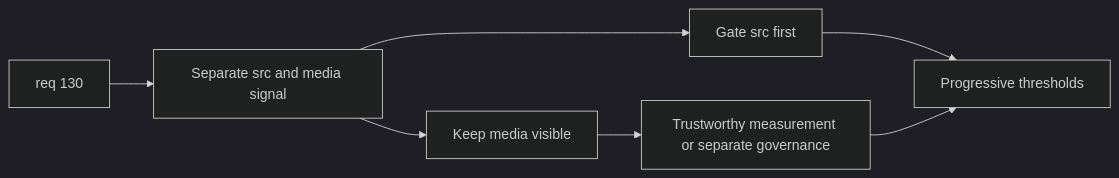
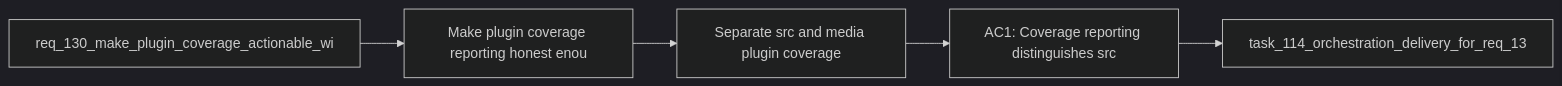
The diagram in logics/backlog/item_246_separate_src_and_media_plugin_coverage_reporting_thresholds_and_webview_measurement.md (AlexAgo83/logics-manager), drawn with Mermaid (dark theme) before and after one commit. The commit also changed 481 other files, not shown here.

````diff
--- a/logics/backlog/item_246_separate_src_and_media_plugin_coverage_reporting_thresholds_and_webview_measurement.md
+++ b/logics/backlog/item_246_separate_src_and_media_plugin_coverage_reporting_thresholds_and_webview_measurement.md
@@ -28,11 +28,9 @@
 ```mermaid
 %% logics-kind: backlog
 %% logics-signature: backlog|separate-src-and-media-plugin-coverage-r|req-130-make-plugin-coverage-actionable-|make-plugin-coverage-reporting-honest-en|ac1-coverage-reporting-distinguishes-src
 flowchart LR
-    A[req 130] --> B[Separate src and media signal]
-    B --> C[Gate src first]
-    B --> D[Keep media visible]
-    D --> E[Trustworthy measurement or separate governance]
-    C --> F[Progressive thresholds]
-    E --> F
+    Request[req_130_make_plugin_coverage_actionable_wi] --> Problem[Make plugin coverage reporting honest enou]
+    Problem --> Scope[Separate src and media plugin coverage]
+    Scope --> Acceptance[AC1: Coverage reporting distinguishes src]
+    Acceptance --> Tasks[task_114_orchestration_delivery_for_req_13]
 ```
````
